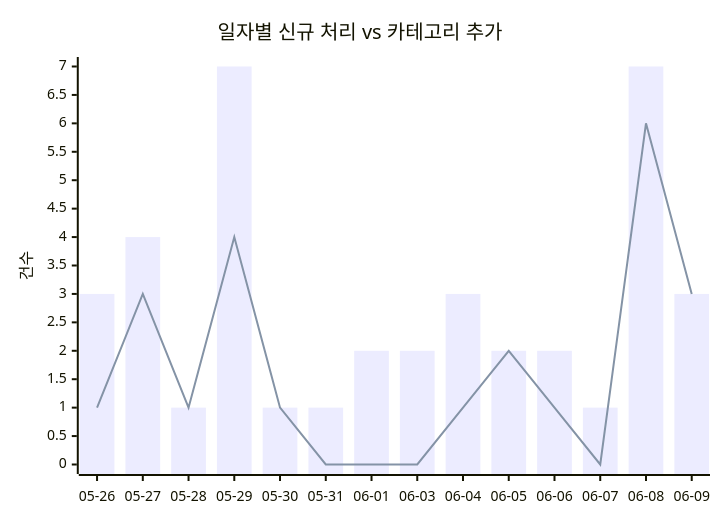
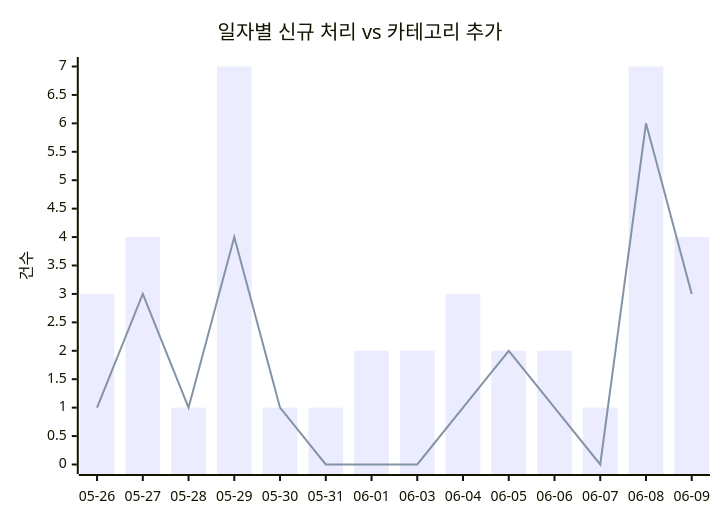
The first of 2 diagrams in docs/trends.md (J-nowcow/awesome-korean-agent-skills), drawn with Mermaid before and after one commit. The commit also changed other lines of this file and 2 other files, not shown here.

````diff
--- a/docs/trends.md
+++ b/docs/trends.md
@@ -32,8 +32,8 @@
 ```mermaid
 xychart-beta
     title "일자별 신규 처리 vs 카테고리 추가"
     x-axis ["05-26","05-27","05-28","05-29","05-30","05-31","06-01","06-03","06-04","06-05","06-06","06-07","06-08","06-09"]
     y-axis "건수"
-    bar [3,4,1,7,1,1,2,2,3,2,2,1,7,3]
+    bar [3,4,1,7,1,1,2,2,3,2,2,1,7,4]
     line [1,3,1,4,1,0,0,0,1,2,1,0,6,3]
 ```
````
